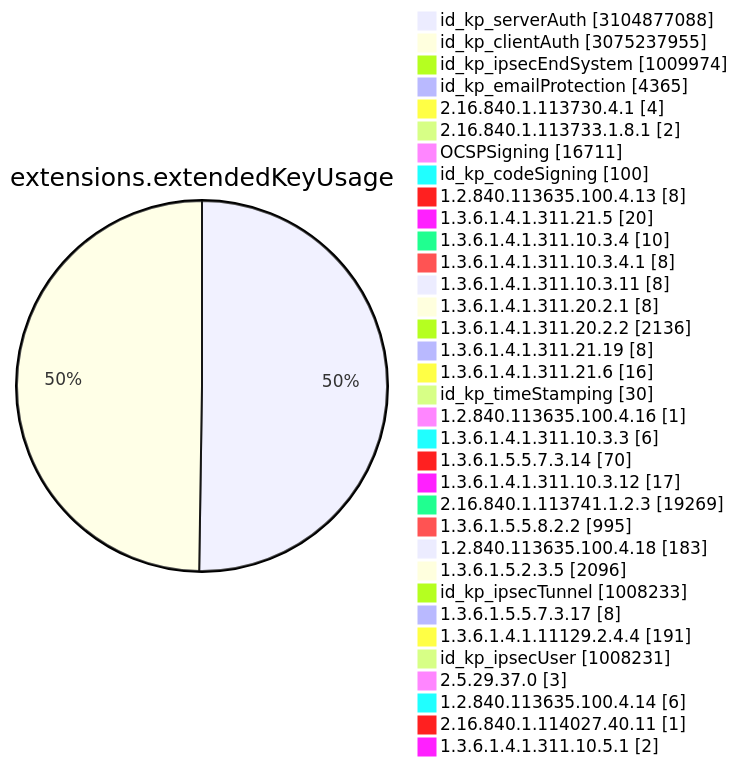
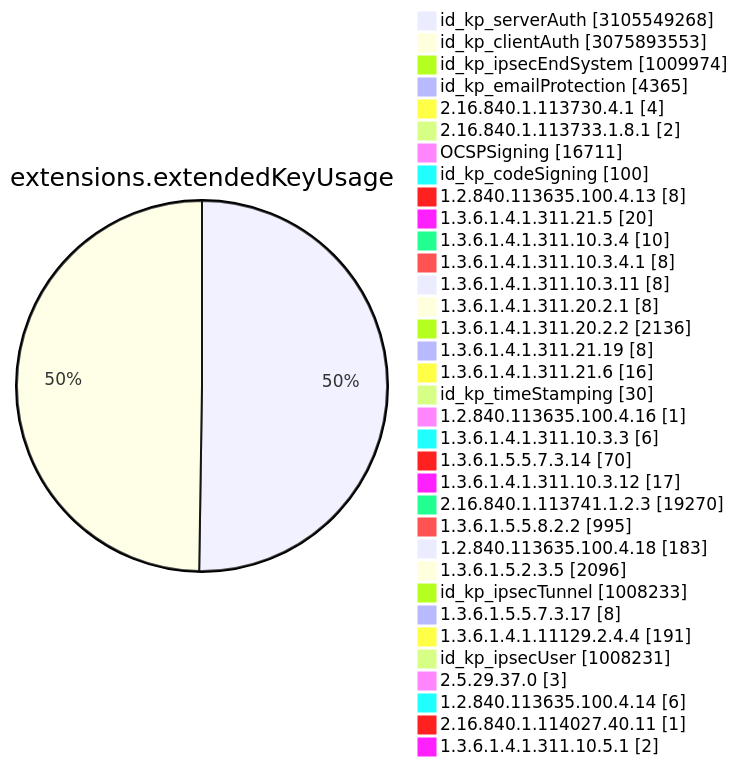
Before and after one commit to christiankrug/ctmonitor_visualization: diagram 11 of 15 in TOTAL/README.md, drawn with Mermaid. The commit also changed other lines of this file, not shown here.

````diff
--- a/TOTAL/README.md
+++ b/TOTAL/README.md
@@ -4117,38 +4117,38 @@
 ```mermaid
 pie showData
 title extensions.extendedKeyUsage
-"id_kp_serverAuth" :3104877088
-"id_kp_clientAuth" :3075237955
+"id_kp_serverAuth" :3105549268
+"id_kp_clientAuth" :3075893553
 "id_kp_ipsecEndSystem" :1009974
 "id_kp_emailProtection" :4365
 "2.16.840.1.113730.4.1" :4
 "2.16.840.1.113733.1.8.1" :2
 "OCSPSigning" :16711
 "id_kp_codeSigning" :100
 "1.2.840.113635.100.4.13" :8
 "1.3.6.1.4.1.311.21.5" :20
 "1.3.6.1.4.1.311.10.3.4" :10
 "1.3.6.1.4.1.311.10.3.4.1" :8
 "1.3.6.1.4.1.311.10.3.11" :8
 "1.3.6.1.4.1.311.20.2.1" :8
 "1.3.6.1.4.1.311.20.2.2" :2136
 "1.3.6.1.4.1.311.21.19" :8
 "1.3.6.1.4.1.311.21.6" :16
 "id_kp_timeStamping" :30
 "1.2.840.113635.100.4.16" :1
 "1.3.6.1.4.1.311.10.3.3" :6
 "1.3.6.1.5.5.7.3.14" :70
 "1.3.6.1.4.1.311.10.3.12" :17
-"2.16.840.1.113741.1.2.3" :19269
+"2.16.840.1.113741.1.2.3" :19270
 "1.3.6.1.5.5.8.2.2" :995
 "1.2.840.113635.100.4.18" :183
 "1.3.6.1.5.2.3.5" :2096
 "id_kp_ipsecTunnel" :1008233
 "1.3.6.1.5.5.7.3.17" :8
 "1.3.6.1.4.1.11129.2.4.4" :191
 "id_kp_ipsecUser" :1008231
 "2.5.29.37.0" :3
 "1.2.840.113635.100.4.14" :6
 "2.16.840.1.114027.40.11" :1
 "1.3.6.1.4.1.311.10.5.1" :2
 ```
````
